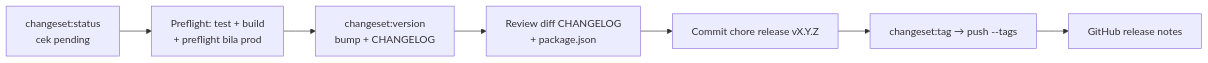
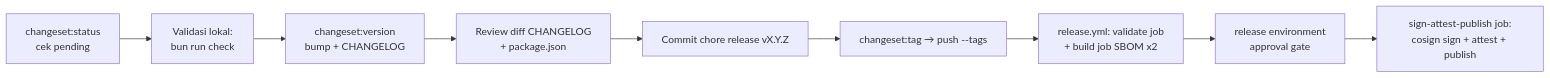
Before and after one commit to ahliweb/awcms-mini: the diagram in .claude/skills/awcms-mini-release/SKILL.md, drawn with Mermaid. The commit also changed other lines of this file and 11 other files, not shown here.

First line of the commit message:
ci(release): automate Changesets release, SBOM, image signing, and provenance (#715)

````diff
--- a/.claude/skills/awcms-mini-release/SKILL.md
+++ b/.claude/skills/awcms-mini-release/SKILL.md
@@ -12,9 +12,11 @@
 ```mermaid
 flowchart LR
-  A[changeset:status<br/>cek pending] --> B[Preflight: test + build<br/>+ preflight bila prod]
+  A[changeset:status<br/>cek pending] --> B[Validasi lokal:<br/>bun run check]
   B --> C[changeset:version<br/>bump + CHANGELOG]
   C --> D[Review diff CHANGELOG<br/>+ package.json]
   D --> E[Commit chore release vX.Y.Z]
   E --> F[changeset:tag → push --tags]
-  F --> G[GitHub release notes]
+  F --> G[release.yml: validate job<br/>+ build job SBOM x2]
+  G --> H[release environment<br/>approval gate]
+  H --> I[sign-attest-publish job:<br/>cosign sign + attest + publish]
 ```
````
